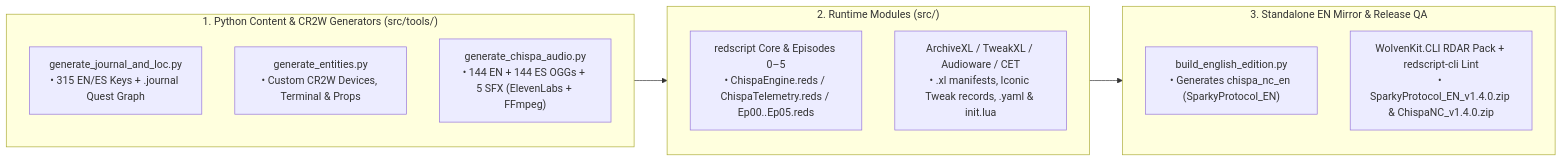
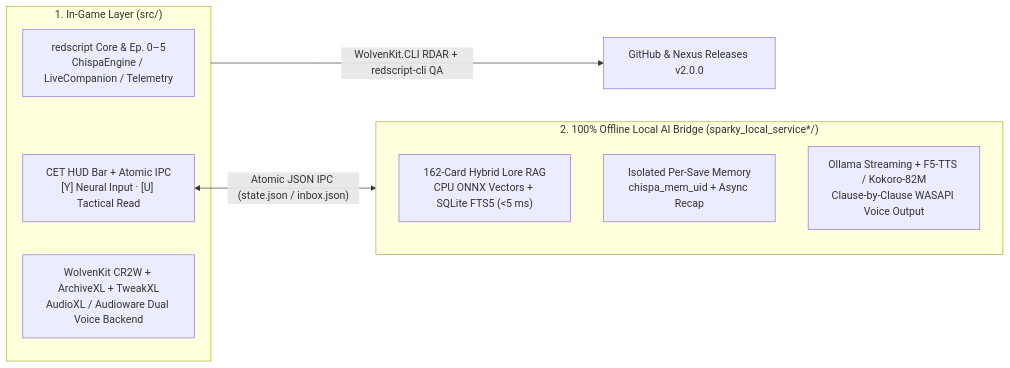
One commit to 0utKast/cyberpunk2077-sparky-protocol changed the diagram in README.md. Above: the diagram before and after it, drawn with Mermaid. The commit also changed other lines of this file and 102 other files, not shown here.

Commit message:
feat(v2.0.0): publish live local AI companion, 162-card hybrid RAG & isolated save memory (EN & ES)

````diff
--- a/README.md
+++ b/README.md
@@ -86,27 +94,23 @@
 ```mermaid
 flowchart LR
-    subgraph GEN["1. Python Content & CR2W Generators (src/tools/)"]
-        LOC["generate_journal_and_loc.py
-• 315 EN/ES Keys + .journal Quest Graph"]
-        ENT["generate_entities.py
-• Custom CR2W Devices, Terminal & Props"]
-        AUD["generate_chispa_audio.py
-• 144 EN + 144 ES OGGs + 5 SFX (ElevenLabs + FFmpeg)"]
+    subgraph GAME["1. In-Game Layer (src/)"]
+        RS["redscript Core & Ep. 0–5
+ChispaEngine / LiveCompanion / Telemetry"]
+        CET["CET HUD Bar + Atomic IPC
+[Y] Neural Input · [U] Tactical Read"]
+        RES["WolvenKit CR2W + ArchiveXL + TweakXL
+AudioXL / Audioware Dual Voice Backend"]
     end
 
-    subgraph RUNTIME["2. Runtime Modules (src/)"]
-        RS["redscript Core & Episodes 0–5
-• ChispaEngine.reds / ChispaTelemetry.reds / Ep00..Ep05.reds"]
-        XL["ArchiveXL / TweakXL / Audioware / CET
-• .xl manifests, Iconic Tweak records, .yaml & init.lua"]
+    subgraph LOCALAI["2. 100% Offline Local AI Bridge (sparky_local_service*/)"]
+        RAG["162-Card Hybrid Lore RAG
+CPU ONNX Vectors + SQLite FTS5 (<5 ms)"]
+        MEM["Isolated Per-Save Memory
+chispa_mem_uid + Async Recap"]
+        LLM["Ollama Streaming + F5-TTS / Kokoro-82M
+Clause-by-Clause WASAPI Voice Output"]
     end
 
-    subgraph BUILD["3. Standalone EN Mirror & Release QA"]
-        EN["build_english_edition.py
-• Generates chispa_nc_en (SparkyProtocol_EN)"]
-        PKG["WolvenKit.CLI RDAR Pack + redscript-cli Lint
-• SparkyProtocol_EN_v1.4.0.zip & ChispaNC_v1.4.0.zip"]
-    end
-
-    GEN --> RUNTIME --> BUILD
+    CET <-->|"Atomic JSON IPC (state.json / inbox.json)"| LOCALAI
+    GAME -->|"WolvenKit.CLI RDAR + redscript-cli QA"| PKG["GitHub & Nexus Releases v2.0.0"]
 ```
````
